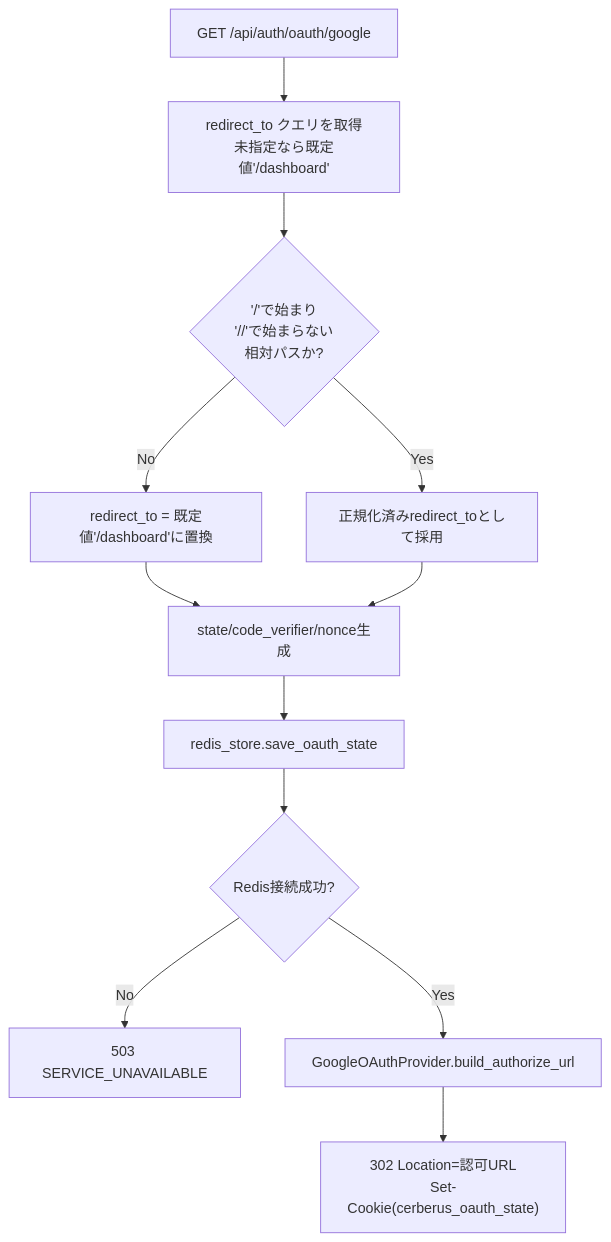
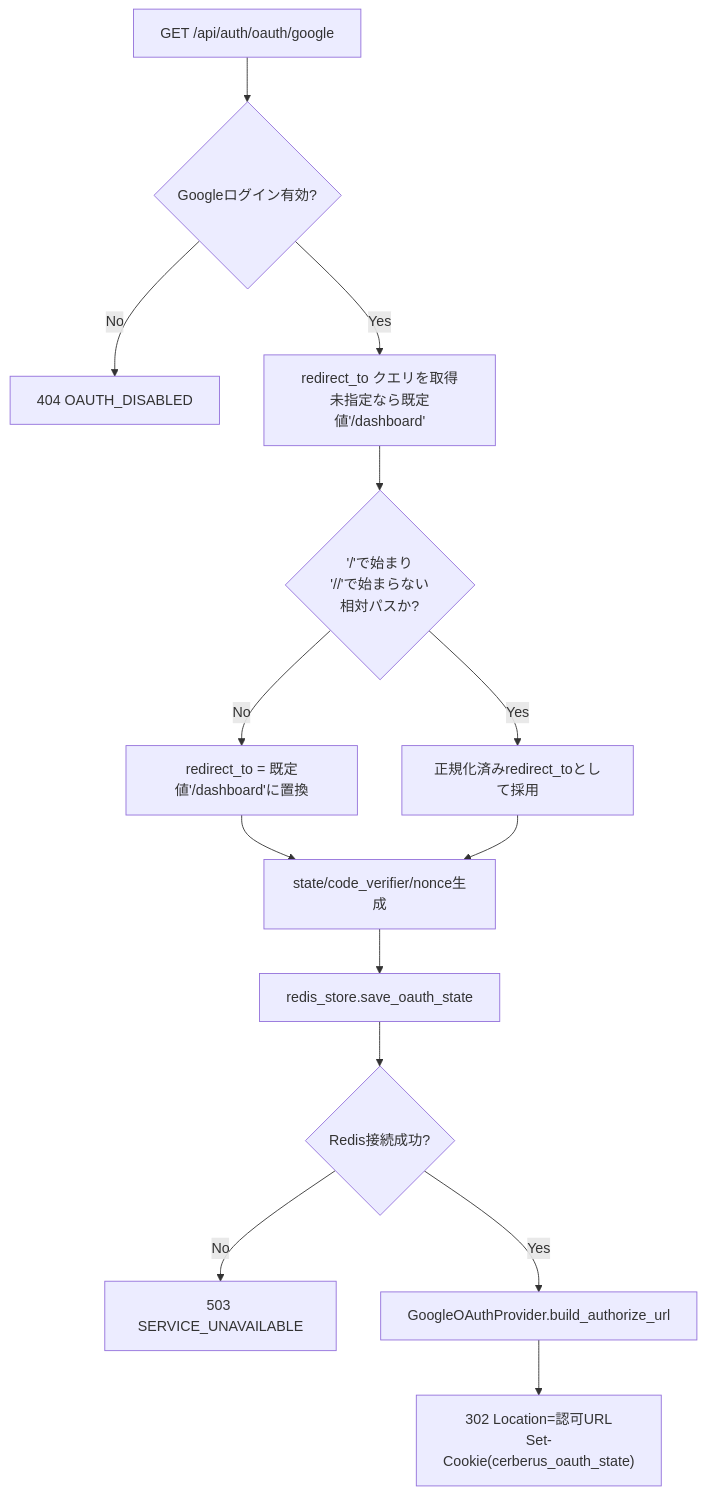
Before and after one commit to oikawa-d/task_management: the second of 4 diagrams in docs/detailed_design/api/auth/11_get_auth_oauth_google.md, drawn with Mermaid. The commit also changed other lines of this file and 10 other files, not shown here.

````diff
--- a/docs/detailed_design/api/auth/11_get_auth_oauth_google.md
+++ b/docs/detailed_design/api/auth/11_get_auth_oauth_google.md
@@ -146,14 +148,16 @@
 ```mermaid
 flowchart TB
-    A["GET /api/auth/oauth/google"] --> B["redirect_to クエリを取得<br/>未指定なら既定値'/dashboard'"]
-    B --> C{"'/'で始まり<br/>'//'で始まらない<br/>相対パスか?"}
-    C -->|No| D["redirect_to = 既定値'/dashboard'に置換"]
-    C -->|Yes| E["正規化済みredirect_toとして採用"]
-    D --> F["state/code_verifier/nonce生成"]
-    E --> F
-    F --> G["redis_store.save_oauth_state"]
-    G --> H{"Redis接続成功?"}
-    H -->|No| I["503 SERVICE_UNAVAILABLE"]
-    H -->|Yes| J["GoogleOAuthProvider.build_authorize_url"]
-    J --> K["302 Location=認可URL<br/>Set-Cookie(cerberus_oauth_state)"]
+    A["GET /api/auth/oauth/google"] --> B{"Googleログイン有効?"}
+    B -->|No| C["404 OAUTH_DISABLED"]
+    B -->|Yes| D["redirect_to クエリを取得<br/>未指定なら既定値'/dashboard'"]
+    D --> E{"'/'で始まり<br/>'//'で始まらない<br/>相対パスか?"}
+    E -->|No| F["redirect_to = 既定値'/dashboard'に置換"]
+    E -->|Yes| G["正規化済みredirect_toとして採用"]
+    F --> H["state/code_verifier/nonce生成"]
+    G --> H
+    H --> I["redis_store.save_oauth_state"]
+    I --> J{"Redis接続成功?"}
+    J -->|No| K["503 SERVICE_UNAVAILABLE"]
+    J -->|Yes| L["GoogleOAuthProvider.build_authorize_url"]
+    L --> M["302 Location=認可URL<br/>Set-Cookie(cerberus_oauth_state)"]
 ```
````
